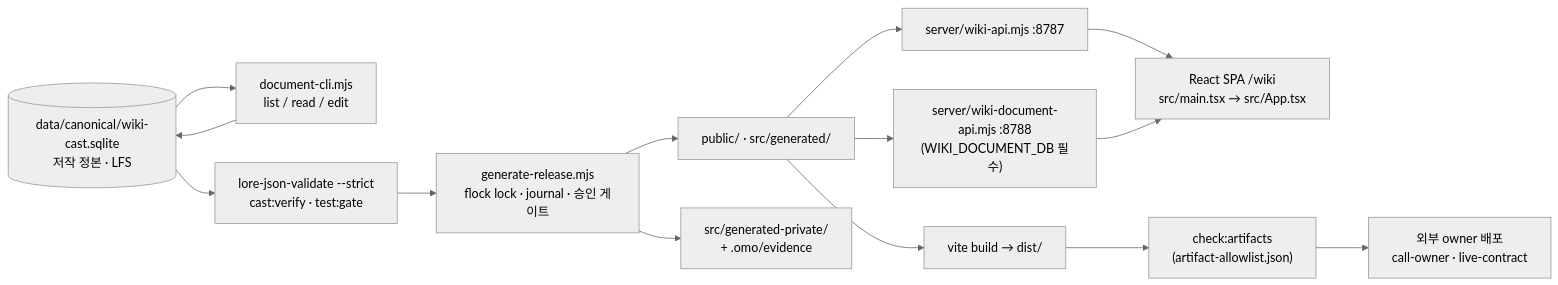
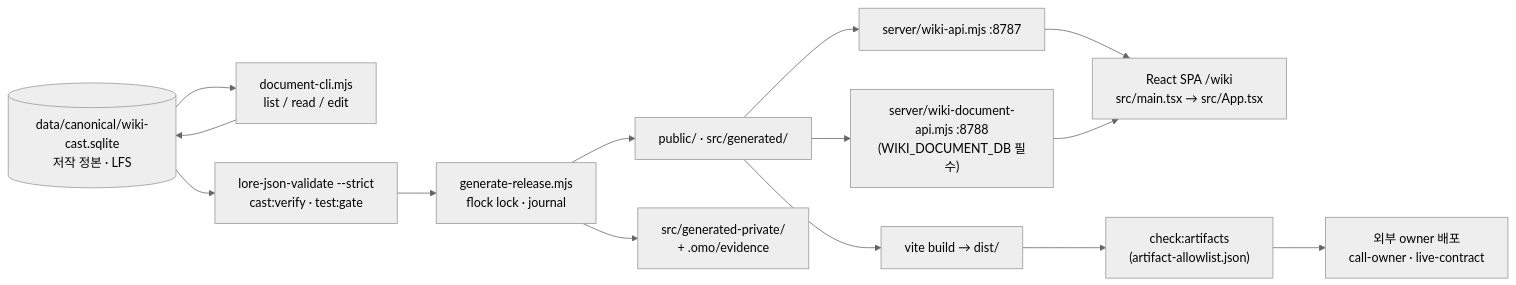
Before and after one commit to islee23520/seoul-dengoku-wiki: the diagram in AGENTS.md, drawn with Mermaid (neutral theme). The commit also changed other lines of this file and 8 other files, not shown here.

````diff
--- a/AGENTS.md
+++ b/AGENTS.md
@@ -11,23 +11,23 @@
 ```mermaid
 flowchart LR
   DB[("data/canonical/wiki-cast.sqlite<br/>저작 정본 · LFS")]
   EDIT["document-cli.mjs<br/>list / read / edit"]
   VAL["lore-json-validate --strict<br/>cast:verify · test:gate"]
-  GEN["generate-release.mjs<br/>flock lock · journal · 승인 게이트"]
+  GEN["generate-release.mjs<br/>flock lock · journal"]
   PUB["public/ · src/generated/"]
   PRIV["src/generated-private/<br/>+ .omo/evidence"]
   API7["server/wiki-api.mjs :8787"]
   API8["server/wiki-document-api.mjs :8788<br/>(WIKI_DOCUMENT_DB 필수)"]
   SPA["React SPA /wiki<br/>src/main.tsx → src/App.tsx"]
   DIST["vite build → dist/"]
   ALLOW["check:artifacts<br/>(artifact-allowlist.json)"]
   OWNER["외부 owner 배포<br/>call-owner · live-contract"]
 
   DB --> EDIT --> DB
   DB --> VAL --> GEN
   GEN --> PUB
   GEN --> PRIV
   PUB --> API7 --> SPA
   PUB --> API8 --> SPA
   PUB --> DIST --> ALLOW --> OWNER
 ```
````
